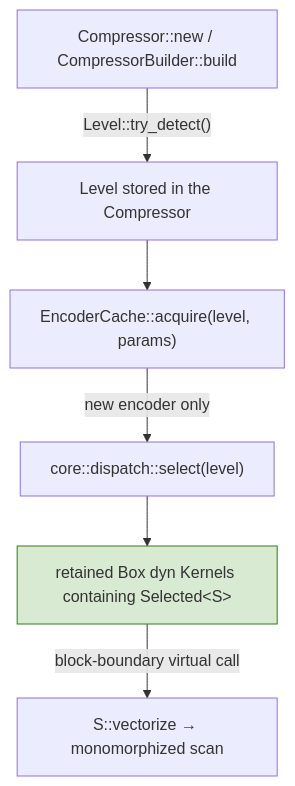
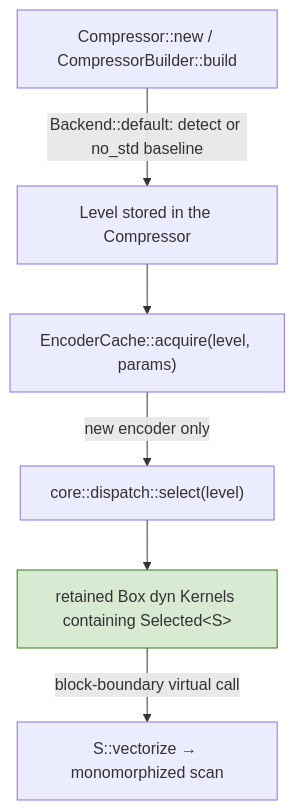
Before and after one commit to Mnwa/mbrotli: diagram 11 of 12 in architecture/compressor.md, drawn with Mermaid. The commit also changed other lines of this file and 93 other files, not shown here.

````diff
--- a/architecture/compressor.md
+++ b/architecture/compressor.md
@@ -573,11 +576,11 @@
 ```mermaid
 graph TD
-    A["Compressor::new / CompressorBuilder::build"] -->|"Level::try_detect()"| B["Level stored in the Compressor"]
+    A["Compressor::new / CompressorBuilder::build"] -->|"Backend::default: detect or no_std baseline"| B["Level stored in the Compressor"]
     B --> C["EncoderCache::acquire(level, params)"]
     C -->|"new encoder only"| D["core::dispatch::select(level)"]
     D --> E["retained Box dyn Kernels containing Selected&lt;S&gt;"]
     E -->|"block-boundary virtual call"| F["S::vectorize → monomorphized scan"]
 
     classDef once fill:#d9ead3,stroke:#38761d;
     class E once;
 ```
````
